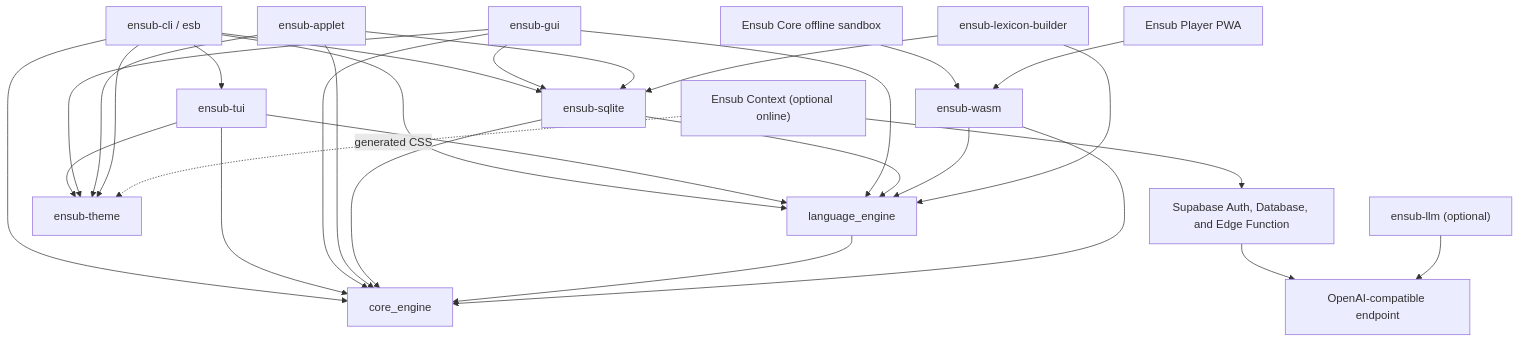
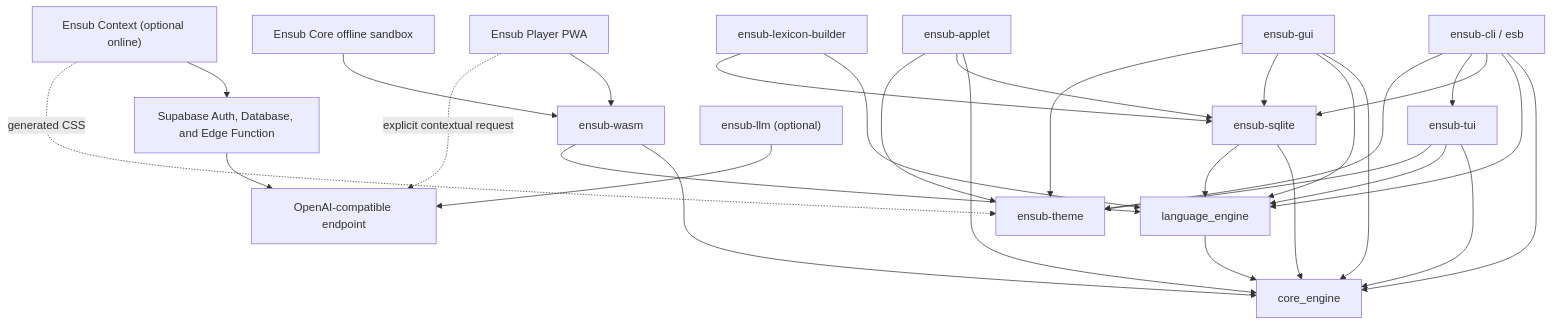
The diagram in docs/architecture.md (flasheddy/ensub), drawn with Mermaid before and after one commit. The commit also changed other lines of this file and 47 other files, not shown here.

````diff
--- a/docs/architecture.md
+++ b/docs/architecture.md
@@ -7,39 +7,40 @@
 ```mermaid
 flowchart TB
     cli["ensub-cli / esb"] --> core["core_engine"]
     cli --> language["language_engine"]
     cli --> sqlite["ensub-sqlite"]
     cli --> tui["ensub-tui"]
 
     tui --> core
     tui --> language
     tui --> theme["ensub-theme"]
 
     gui["ensub-gui"] --> core
     gui --> language
     gui --> sqlite
     gui --> theme
 
     applet["ensub-applet"] --> core
     applet --> sqlite
     applet --> theme
 
     cli --> theme
 
     sqlite --> core
     sqlite --> language
     language --> core
 
     sandbox["Ensub Core offline sandbox"] --> wasm["ensub-wasm"]
     player["Ensub Player PWA"] --> wasm
+    player -. explicit contextual request .-> provider
     web["Ensub Context (optional online)"] --> supabase["Supabase Auth, Database, and Edge Function"]
     web -. generated CSS .-> theme
     supabase --> provider["OpenAI-compatible endpoint"]
     wasm --> core
     wasm --> language
 
     builder["ensub-lexicon-builder"] --> language
     builder --> sqlite
 
     llm["ensub-llm (optional)"] --> provider["OpenAI-compatible endpoint"]
 ```
````
